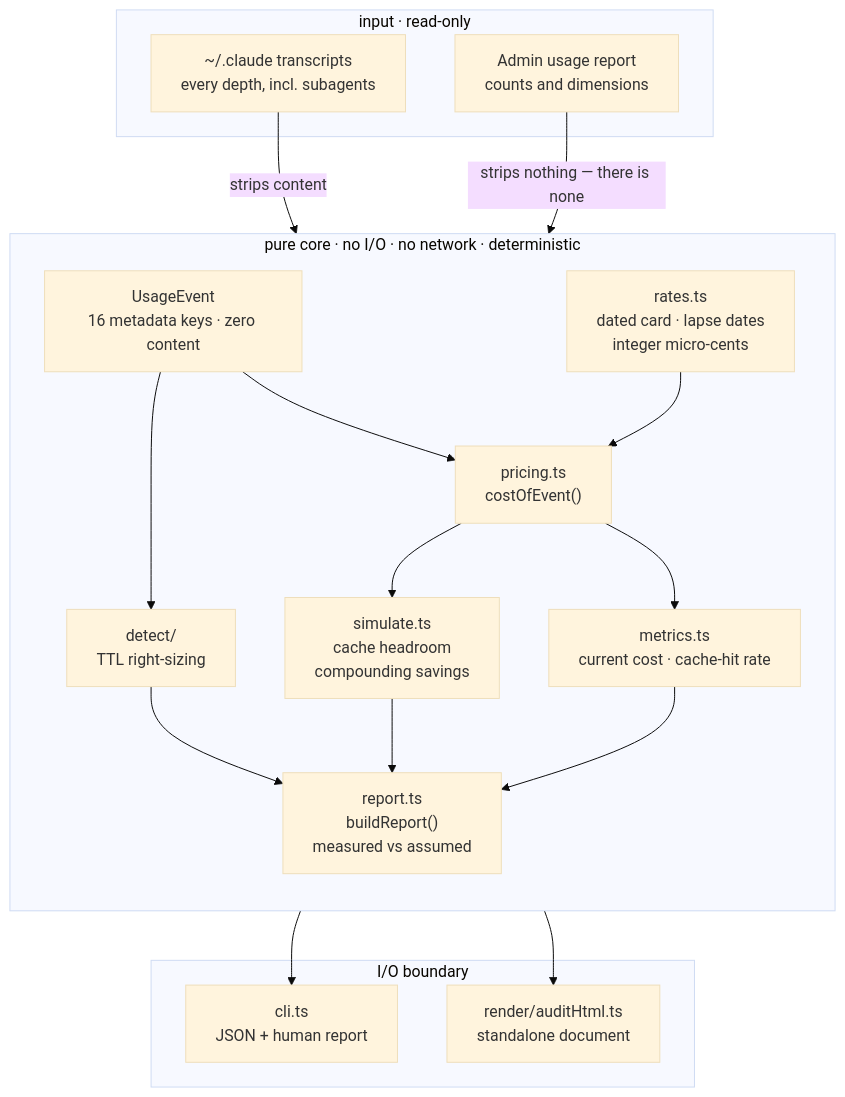
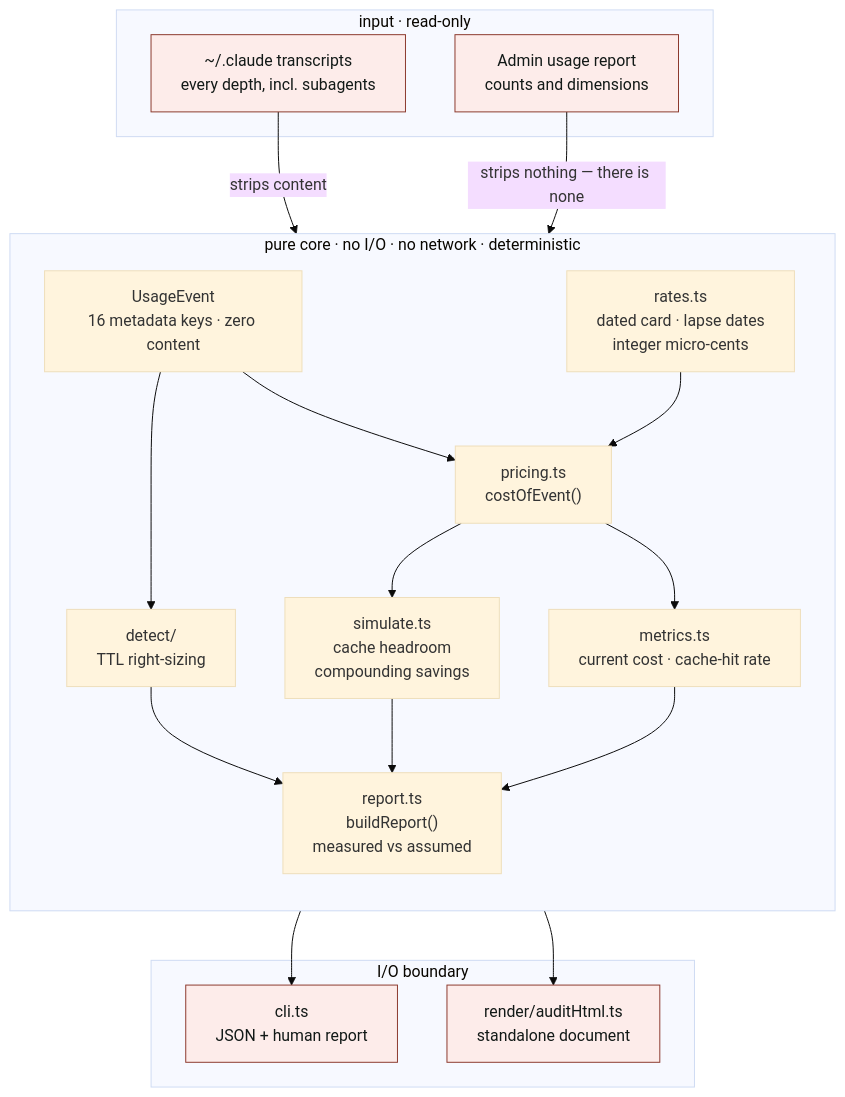
One commit to hangryclaude/token-spread changed the first of 2 diagrams in README.md. Above: the diagram before and after it, drawn with Mermaid (base theme). The commit also changed other lines of this file and 1 other file, not shown here.

````diff
--- a/README.md
+++ b/README.md
@@ -164,33 +651,38 @@
 ```mermaid
 flowchart TD
     subgraph input["input · read-only"]
         T["~/.claude transcripts<br/>every depth, incl. subagents"]
         A["Admin usage report<br/>counts and dimensions"]
     end
     subgraph pure["pure core · no I/O · no network · deterministic"]
         direction TB
         E["UsageEvent<br/>16 metadata keys · zero content"]
         RC["rates.ts<br/>dated card · lapse dates<br/>integer micro-cents"]
         P["pricing.ts<br/>costOfEvent()"]
         M["metrics.ts<br/>current cost · cache-hit rate"]
         S["simulate.ts<br/>cache headroom<br/>compounding savings"]
         D["detect/<br/>TTL right-sizing"]
         R["report.ts<br/>buildReport()<br/>measured vs assumed"]
     end
     subgraph io["I/O boundary"]
         C["cli.ts<br/>JSON + human report"]
         H["render/auditHtml.ts<br/>standalone document"]
     end
     T -->|"strips content"| E
     A -->|"strips nothing — there is none"| E
     E --> P
     RC --> P
     P --> M
     P --> S
     E --> D
     M --> R
     S --> R
     D --> R
     R --> C
     R --> H
+
+    classDef io fill:#fdecea,stroke:#8c3a2e,stroke-width:1px,color:#121917
+    classDef pure fill:#eef7f1,stroke:#1b6b50,stroke-width:1px,color:#121917
+    class T,A io
+    class C,H io
 ```
````
